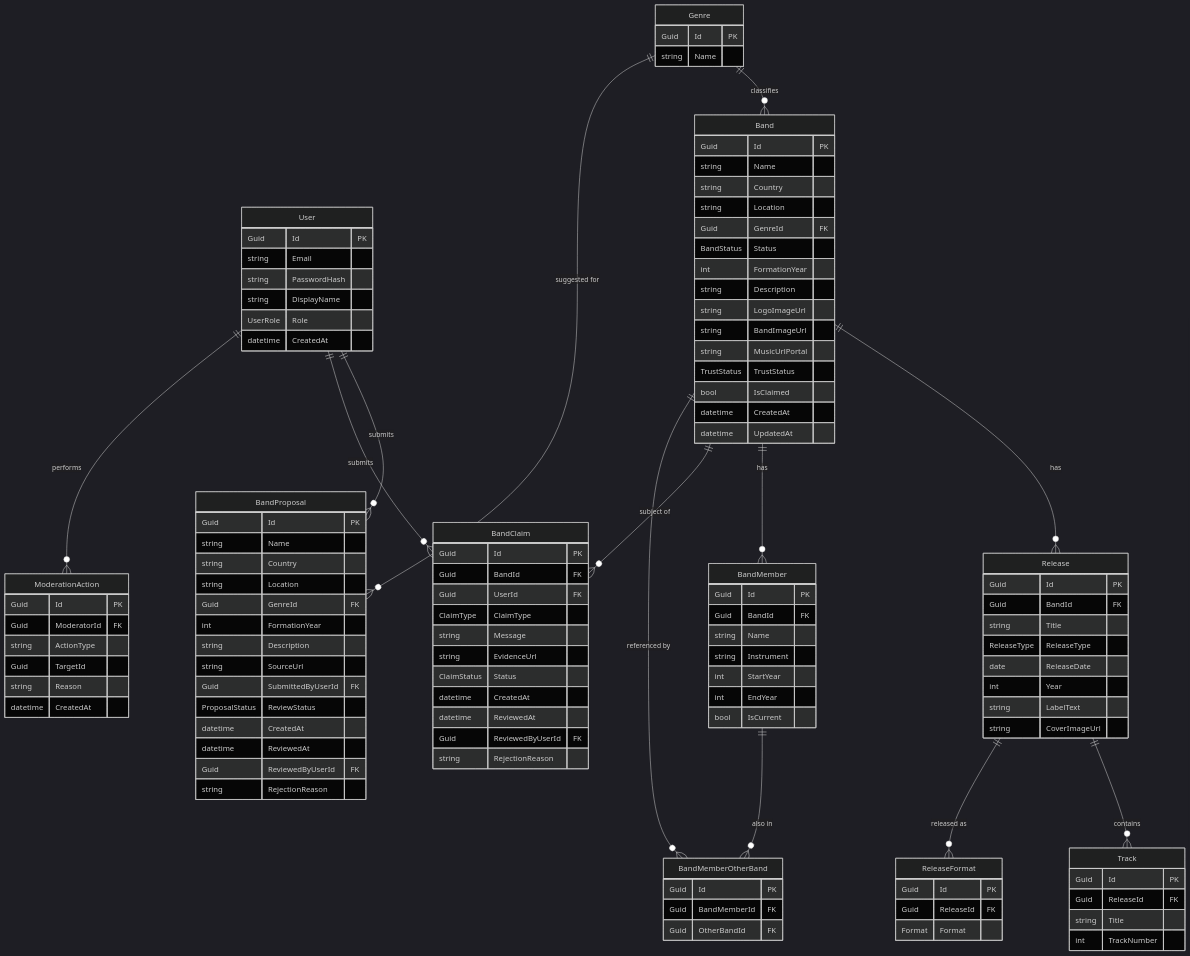
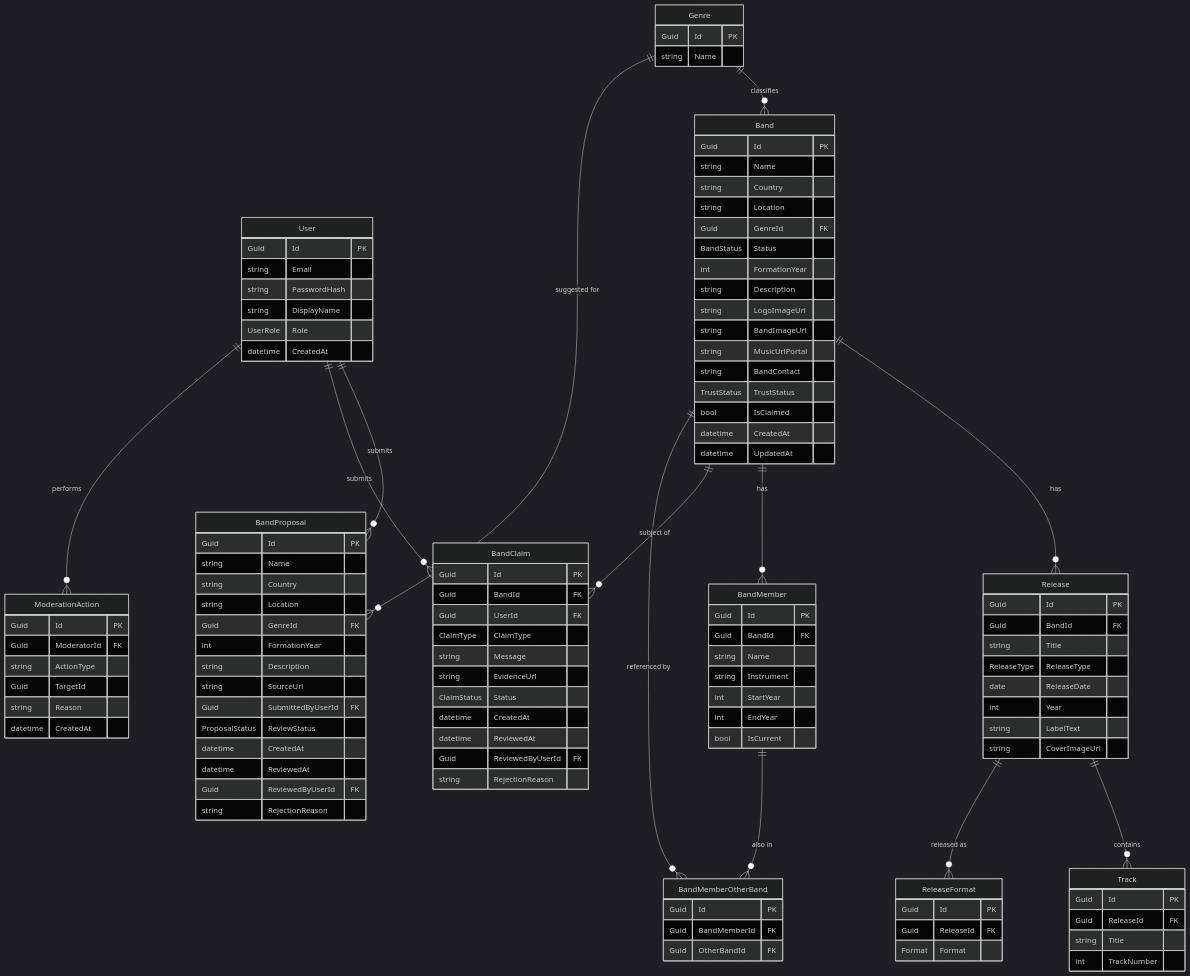
The diagram in docs/technical/erd.md (Camposgrind/diy-music-community), drawn with Mermaid (dark theme) before and after one commit. The commit also changed 34 other files, not shown here.

```diff
--- a/docs/technical/erd.md
+++ b/docs/technical/erd.md
@@ -28,6 +28,7 @@
 		string LogoImageUrl
 		string BandImageUrl
 		string MusicUrlPortal
+		string BandContact
 		TrustStatus TrustStatus
 		bool IsClaimed
 		datetime CreatedAt
```
